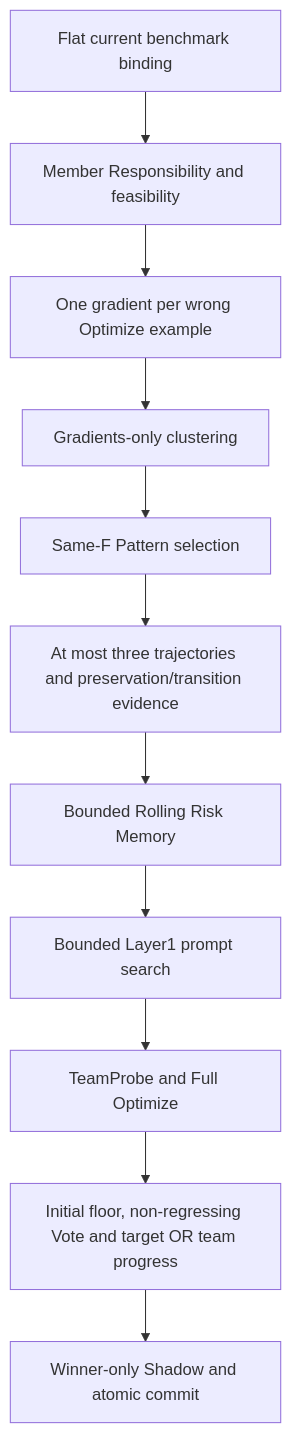
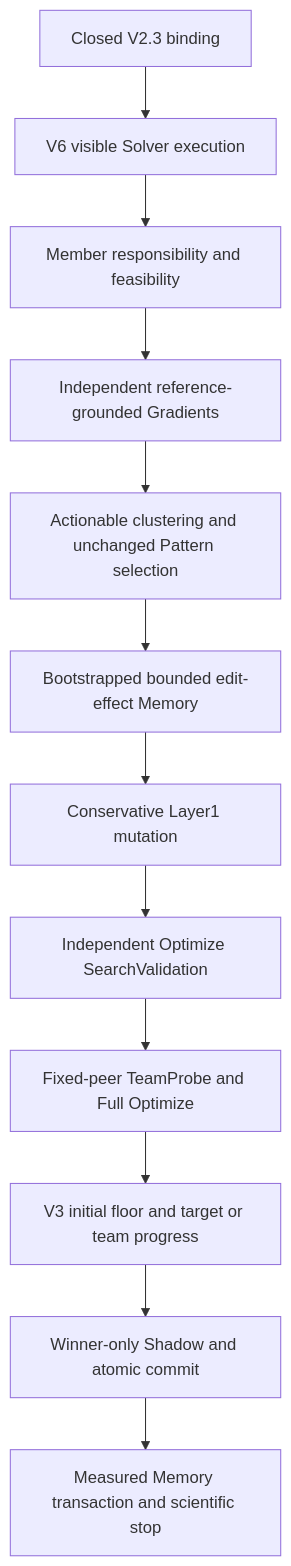
One commit to mmmmyyyxx/multi_agent_diversity changed the diagram in docs/design/CURRENT_RUNTIME_COMPOSITION.md. Above: the diagram before and after it, drawn with Mermaid. The commit also changed other lines of this file and 154 other files, not shown here.

````diff
--- a/docs/design/CURRENT_RUNTIME_COMPOSITION.md
+++ b/docs/design/CURRENT_RUNTIME_COMPOSITION.md
@@ -32,13 +8,14 @@
 ```mermaid
 flowchart TD
-  B[Flat current benchmark binding] --> R[Member Responsibility and feasibility]
-  R --> G[One gradient per wrong Optimize example]
-  G --> C[Gradients-only clustering]
-  C --> P[Same-F Pattern selection]
-  P --> E[At most three trajectories and preservation/transition evidence]
-  E --> M[Bounded Rolling Risk Memory]
-  M --> L[Bounded Layer1 prompt search]
-  L --> T[TeamProbe and Full Optimize]
-  T --> S[Initial floor, non-regressing Vote and target OR team progress]
-  S --> H[Winner-only Shadow and atomic commit]
+  B[Closed V2.3 binding] --> S[V6 visible Solver execution]
+  S --> R[Member responsibility and feasibility]
+  R --> G[Independent reference-grounded Gradients]
+  G --> P[Actionable clustering and unchanged Pattern selection]
+  P --> M[Bootstrapped bounded edit-effect Memory]
+  M --> L[Conservative Layer1 mutation]
+  L --> V[Independent Optimize SearchValidation]
+  V --> T[Fixed-peer TeamProbe and Full Optimize]
+  T --> D[V3 initial floor and target or team progress]
+  D --> H[Winner-only Shadow and atomic commit]
+  H --> E[Measured Memory transaction and scientific stop]
 ```
````
